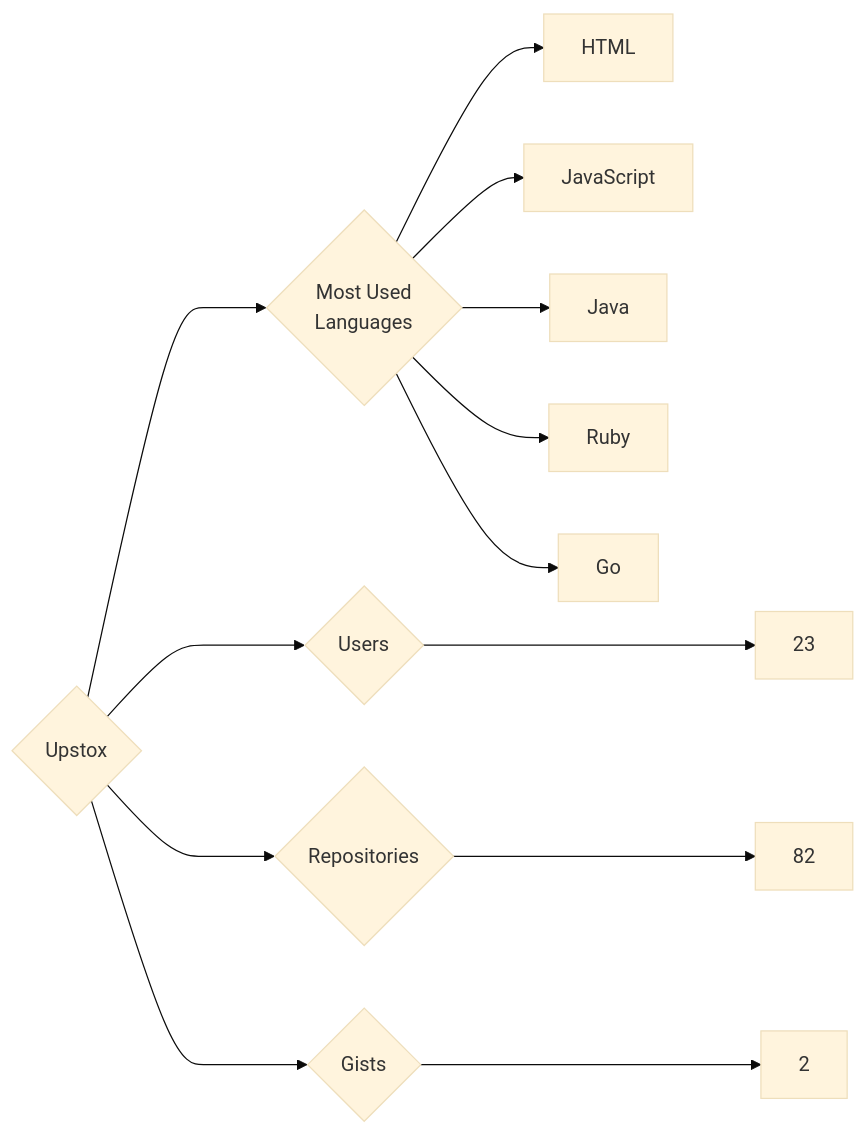
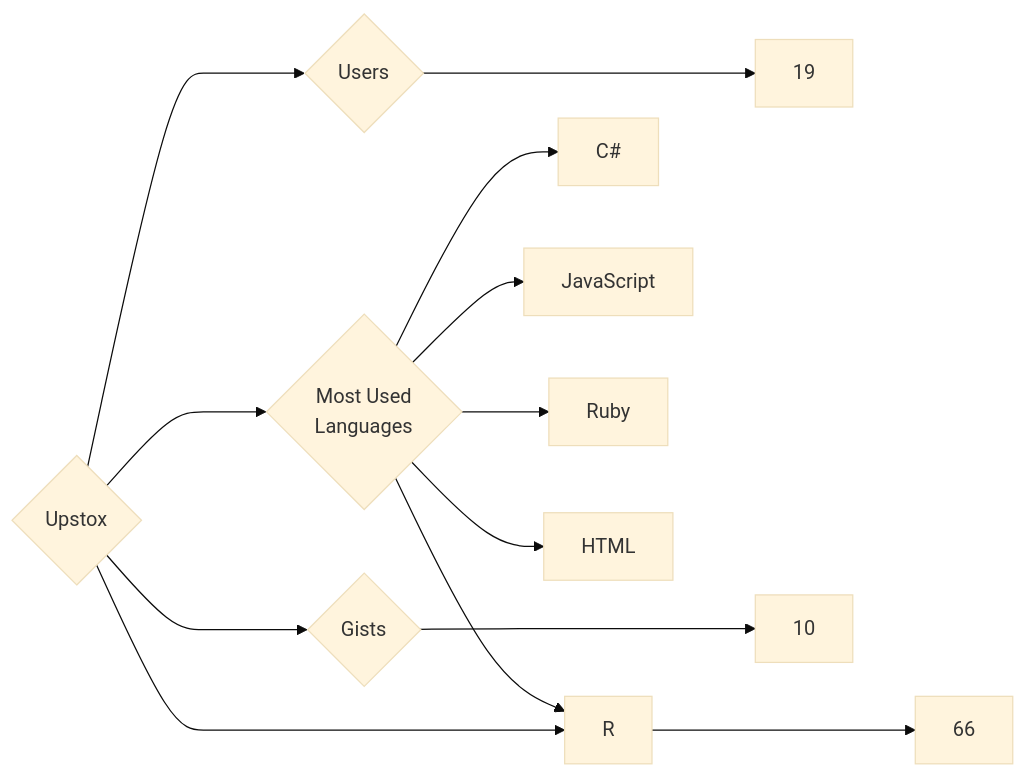
One commit to trickest/insiders changed the diagram in targets/Upstox/README.md. Above: the diagram before and after it, drawn with Mermaid (base theme). The commit also changed 728 other files, not shown here.

````diff
--- a/targets/Upstox/README.md
+++ b/targets/Upstox/README.md
@@ -3,13 +3,13 @@
 ```mermaid
 graph LR
 COMPANY_NAME{Upstox}
-COMPANY_NAME ---> U{Users} ---> UN[23]
-COMPANY_NAME ---> R{Repositories} ---> RN[82]
-COMPANY_NAME ---> G{Gists} ---> GN[2]
+COMPANY_NAME ---> U{Users} ---> UN[19]
+COMPANY_NAME ---> R{Repositories} ---> RN[66]
+COMPANY_NAME ---> G{Gists} ---> GN[10]
 COMPANY_NAME ---> ML{Most Used<br>Languages}
+ML --> C#[C#]
+ML --> JavaScript[JavaScript]
+ML --> Ruby[Ruby]
 ML --> HTML[HTML]
-ML --> JavaScript[JavaScript]
-ML --> Java[Java]
-ML --> Ruby[Ruby]
-ML --> Go[Go]
+ML --> R[R]
 ```
````
